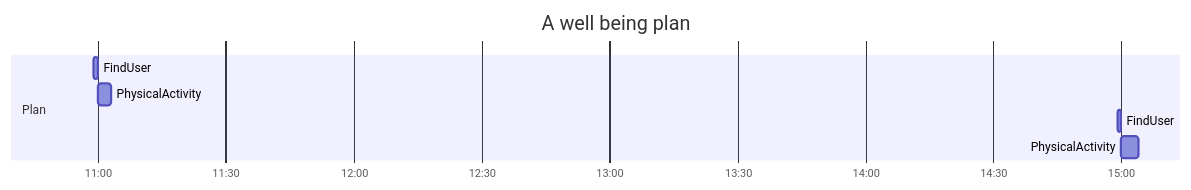
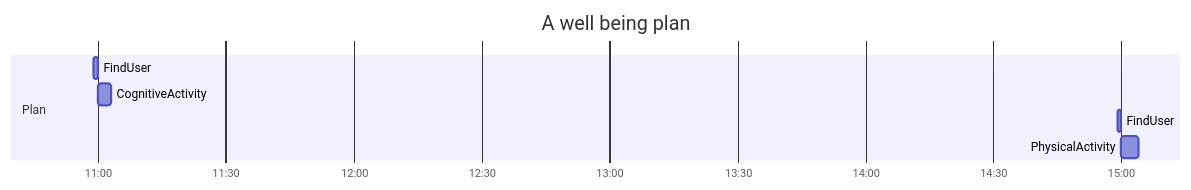
Before and after one commit to pstlab/RESTART: the fifth of 10 diagrams in rules/README.md, drawn with Mermaid.

````diff
--- a/rules/README.md
+++ b/rules/README.md
@@ -59,11 +59,11 @@
 ```mermaid
 gantt
     title A well being plan
     dateFormat HH:mm
     axisFormat %H:%M
     section Plan
-        FindUser         :a1, 10:59, 1m
-        PhysicalActivity :a2, after a1, 3m
-        FindUser         :a3, 14:59, 1m
-        PhysicalActivity :a4, after a3, 4m
+        FindUser          :a1, 10:59, 1m
+        CognitiveActivity :a2, after a1, 3m
+        FindUser          :a3, 14:59, 1m
+        PhysicalActivity  :a4, after a3, 4m
 ```
````
